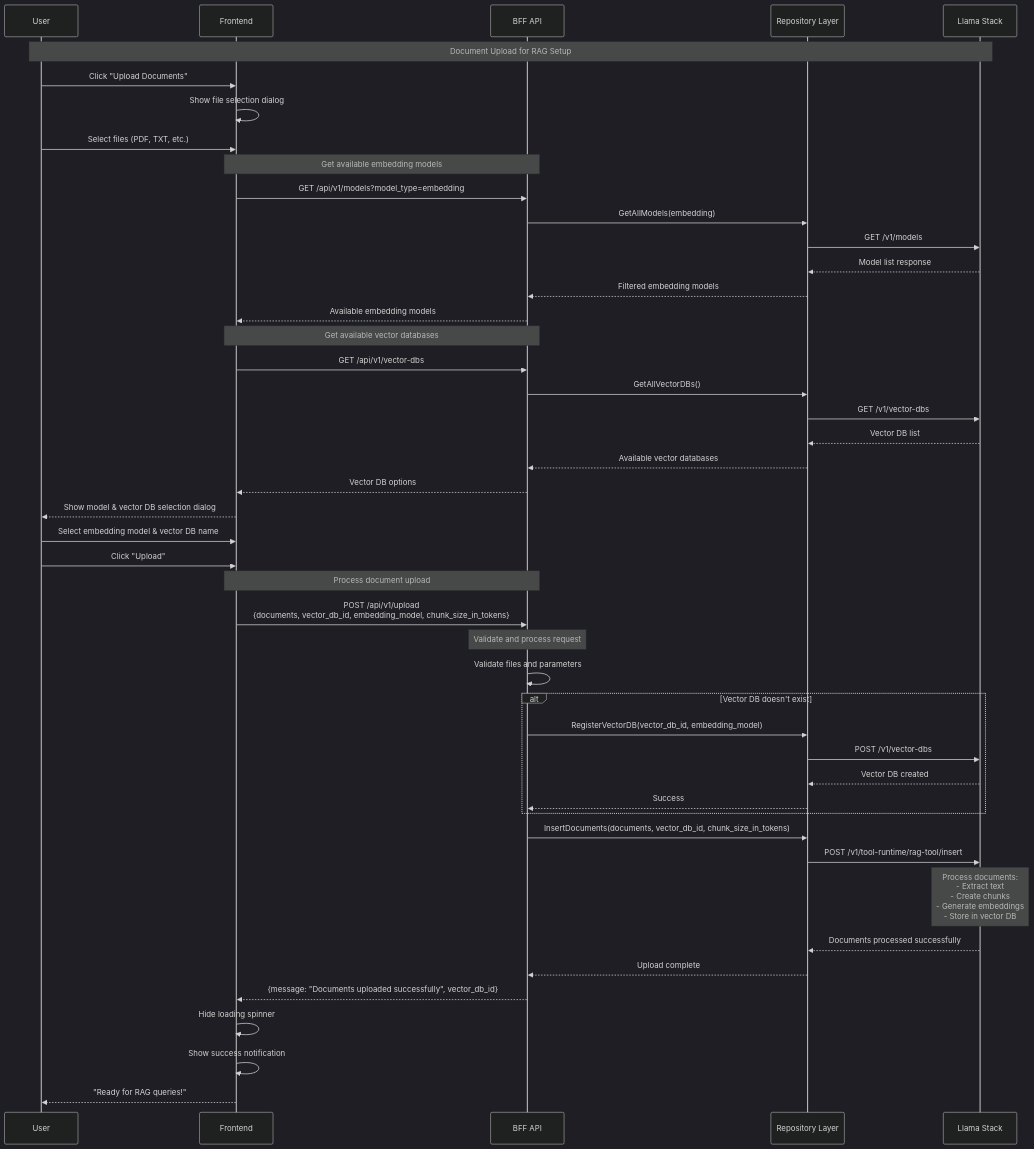
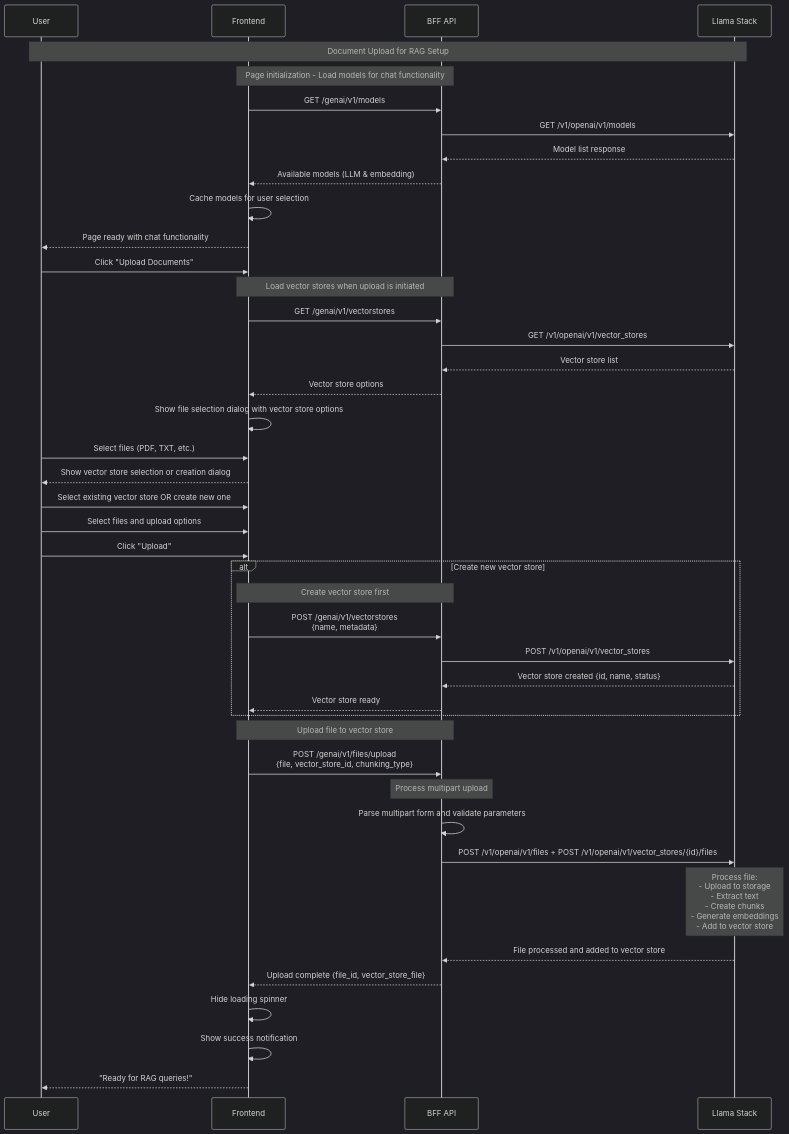
One commit to opendatahub-io/odh-dashboard changed the first of 2 diagrams in frontend/packages/llama-stack-modular-ui/docs/adr/0003-core-user-flows.md. Above: the diagram before and after it, drawn with Mermaid (dark theme). The commit also changed other lines of this file and 2 other files, not shown here.

First line of the commit message:
docs: Update ADR documentation to reflect refactored architecture

````diff
--- a/frontend/packages/llama-stack-modular-ui/docs/adr/0003-core-user-flows.md
+++ b/frontend/packages/llama-stack-modular-ui/docs/adr/0003-core-user-flows.md
@@ -35,58 +36,56 @@
 ```mermaid
 sequenceDiagram
     participant User as User
     participant UI as Frontend
     participant BFF as BFF API
-    participant Repo as Repository Layer
     participant LS as Llama Stack
 
     Note over User,LS: Document Upload for RAG Setup
     
+    Note over UI,BFF: Page initialization - Load models for chat functionality
+    UI->>BFF: GET /genai/v1/models
+    BFF->>LS: GET /v1/openai/v1/models
+    LS-->>BFF: Model list response
+    BFF-->>UI: Available models (LLM & embedding)
+    
+    UI->>UI: Cache models for user selection
+    UI-->>User: Page ready with chat functionality
+    
     User->>UI: Click "Upload Documents"
-    UI->>UI: Show file selection dialog
+    
+    Note over UI,BFF: Load vector stores when upload is initiated
+    UI->>BFF: GET /genai/v1/vectorstores
+    BFF->>LS: GET /v1/openai/v1/vector_stores
+    LS-->>BFF: Vector store list
+    BFF-->>UI: Vector store options
+    
+    UI->>UI: Show file selection dialog with vector store options
     User->>UI: Select files (PDF, TXT, etc.)
     
-    Note over UI,BFF: Get available embedding models
-    UI->>BFF: GET /api/v1/models?model_type=embedding
-    BFF->>Repo: GetAllModels(embedding)
-    Repo->>LS: GET /v1/models
-    LS-->>Repo: Model list response
-    Repo-->>BFF: Filtered embedding models
-    BFF-->>UI: Available embedding models
-    
-    Note over UI,BFF: Get available vector databases
-    UI->>BFF: GET /api/v1/vector-dbs
-    BFF->>Repo: GetAllVectorDBs()
-    Repo->>LS: GET /v1/vector-dbs
-    LS-->>Repo: Vector DB list
-    Repo-->>BFF: Available vector databases
-    BFF-->>UI: Vector DB options
-    
-    UI-->>User: Show model & vector DB selection dialog
-    User->>UI: Select embedding model & vector DB name
+    UI-->>User: Show vector store selection or creation dialog
+    User->>UI: Select existing vector store OR create new one
+    User->>UI: Select files and upload options
     User->>UI: Click "Upload"
     
-         Note over UI,BFF: Process document upload
-     UI->>BFF: POST /api/v1/upload<br/>{documents, vector_db_id, embedding_model, chunk_size_in_tokens}
-    
-    Note over BFF: Validate and process request
-    BFF->>BFF: Validate files and parameters
-    
-    alt Vector DB doesn't exist
-        BFF->>Repo: RegisterVectorDB(vector_db_id, embedding_model)
-        Repo->>LS: POST /v1/vector-dbs
-        LS-->>Repo: Vector DB created
-        Repo-->>BFF: Success
+    alt Create new vector store
+        Note over UI,BFF: Create vector store first
+        UI->>BFF: POST /genai/v1/vectorstores<br/>{name, metadata}
+        BFF->>LS: POST /v1/openai/v1/vector_stores
+        LS-->>BFF: Vector store created {id, name, status}
+        BFF-->>UI: Vector store ready
     end
     
-         BFF->>Repo: InsertDocuments(documents, vector_db_id, chunk_size_in_tokens)
-    Repo->>LS: POST /v1/tool-runtime/rag-tool/insert
-    Note over LS: Process documents:<br/>- Extract text<br/>- Create chunks<br/>- Generate embeddings<br/>- Store in vector DB
-    LS-->>Repo: Documents processed successfully
-    Repo-->>BFF: Upload complete
-    BFF-->>UI: {message: "Documents uploaded successfully", vector_db_id}
+    Note over UI,BFF: Upload file to vector store
+    UI->>BFF: POST /genai/v1/files/upload<br/>{file, vector_store_id, chunking_type}
+    
+    Note over BFF: Process multipart upload
+    BFF->>BFF: Parse multipart form and validate parameters
+    BFF->>LS: POST /v1/openai/v1/files + POST /v1/openai/v1/vector_stores/{id}/files
+    Note over LS: Process file:<br/>- Upload to storage<br/>- Extract text<br/>- Create chunks<br/>- Generate embeddings<br/>- Add to vector store
+    LS-->>BFF: File processed and added to vector store
+    BFF-->>UI: Upload complete {file_id, vector_store_file}
     
     UI->>UI: Hide loading spinner
     UI->>UI: Show success notification
     UI-->>User: "Ready for RAG queries!"
 ```
````
